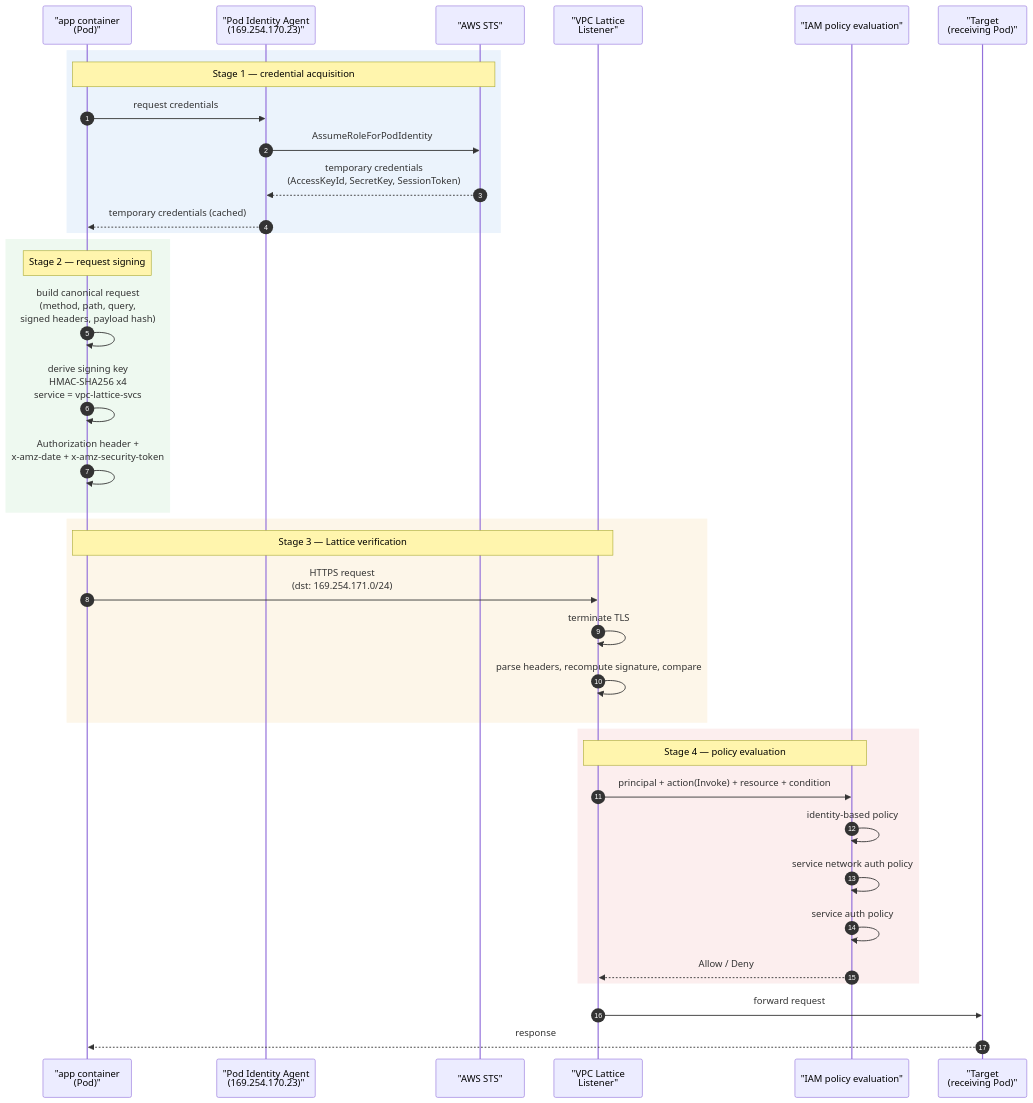
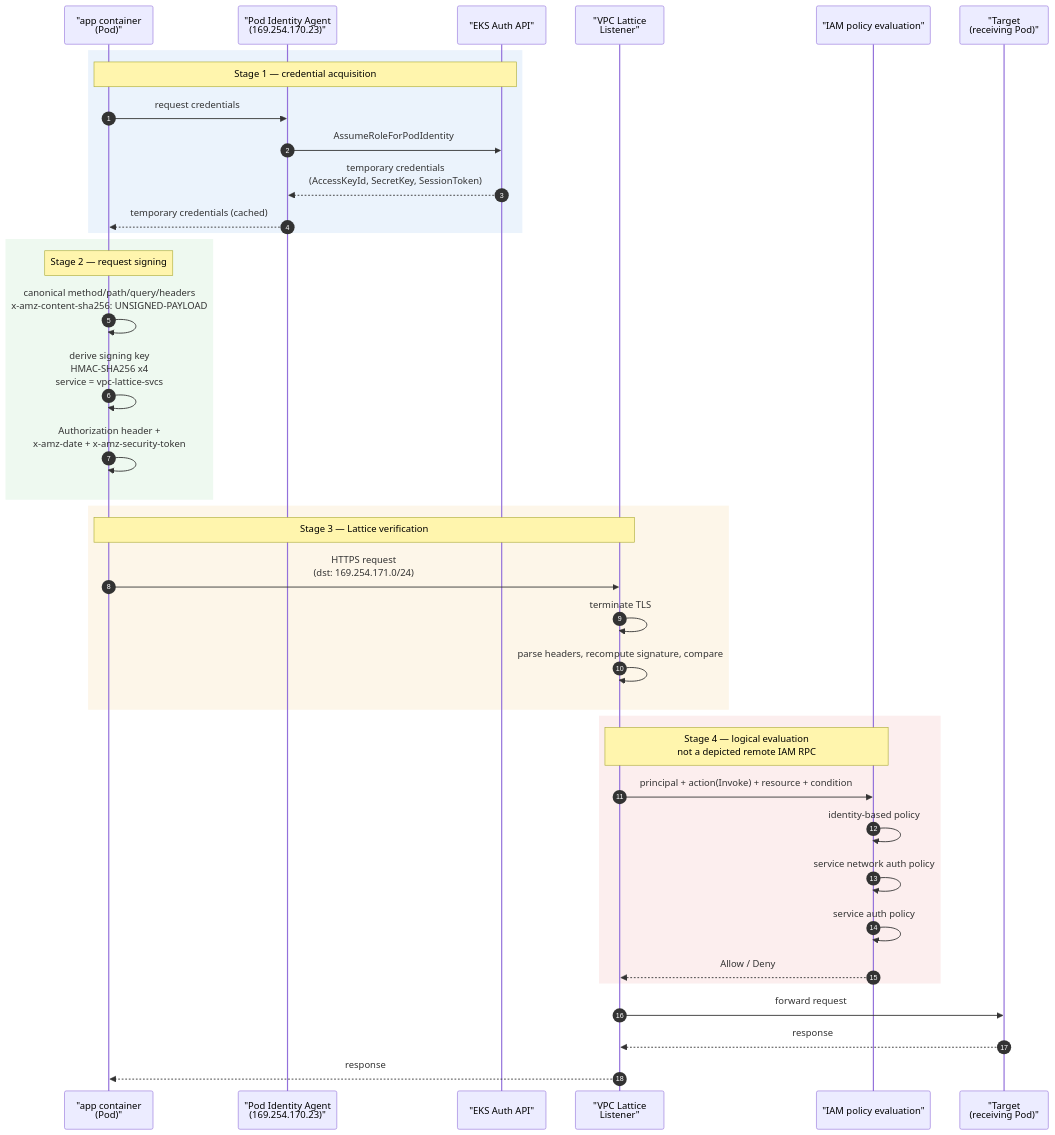
One commit to Atom-oh/kubernetes-docs changed the first of 2 diagrams in en/service-mesh/vpc-lattice/03-auth-flow.md. Above: the diagram before and after it, drawn with Mermaid. The commit also changed other lines of this file and 62 other files, not shown here.

````diff
--- a/en/service-mesh/vpc-lattice/03-auth-flow.md
+++ b/en/service-mesh/vpc-lattice/03-auth-flow.md
@@ -24,44 +24,45 @@
 ```mermaid
 sequenceDiagram
     autonumber
     participant App as "app container<br/>(Pod)"
     participant Agent as "Pod Identity Agent<br/>(169.254.170.23)"
-    participant STS as "AWS STS"
+    participant STS as "EKS Auth API"
     participant Lat as "VPC Lattice<br/>Listener"
     participant IAM as "IAM policy evaluation"
     participant Tgt as "Target<br/>(receiving Pod)"
 
     rect rgb(235, 243, 252)
     Note over App,STS: Stage 1 — credential acquisition
     App->>Agent: request credentials
     Agent->>STS: AssumeRoleForPodIdentity
     STS-->>Agent: temporary credentials<br/>(AccessKeyId, SecretKey, SessionToken)
     Agent-->>App: temporary credentials (cached)
     end
 
     rect rgb(238, 249, 240)
     Note over App: Stage 2 — request signing
-    App->>App: build canonical request<br/>(method, path, query,<br/>signed headers, payload hash)
+    App->>App: canonical method/path/query/headers<br/>x-amz-content-sha256: UNSIGNED-PAYLOAD
     App->>App: derive signing key<br/>HMAC-SHA256 x4<br/>service = vpc-lattice-svcs
     App->>App: Authorization header +<br/>x-amz-date + x-amz-security-token
     end
 
     rect rgb(253, 246, 233)
     Note over App,Lat: Stage 3 — Lattice verification
     App->>Lat: HTTPS request<br/>(dst: 169.254.171.0/24)
     Lat->>Lat: terminate TLS
     Lat->>Lat: parse headers, recompute signature, compare
     end
 
     rect rgb(252, 238, 238)
-    Note over Lat,IAM: Stage 4 — policy evaluation
+    Note over Lat,IAM: Stage 4 — logical evaluation<br/>not a depicted remote IAM RPC
     Lat->>IAM: principal + action(Invoke) + resource + condition
     IAM->>IAM: identity-based policy
     IAM->>IAM: service network auth policy
     IAM->>IAM: service auth policy
     IAM-->>Lat: Allow / Deny
     end
 
     Lat->>Tgt: forward request
-    Tgt-->>App: response
+    Tgt-->>Lat: response
+    Lat-->>App: response
 ```
````
